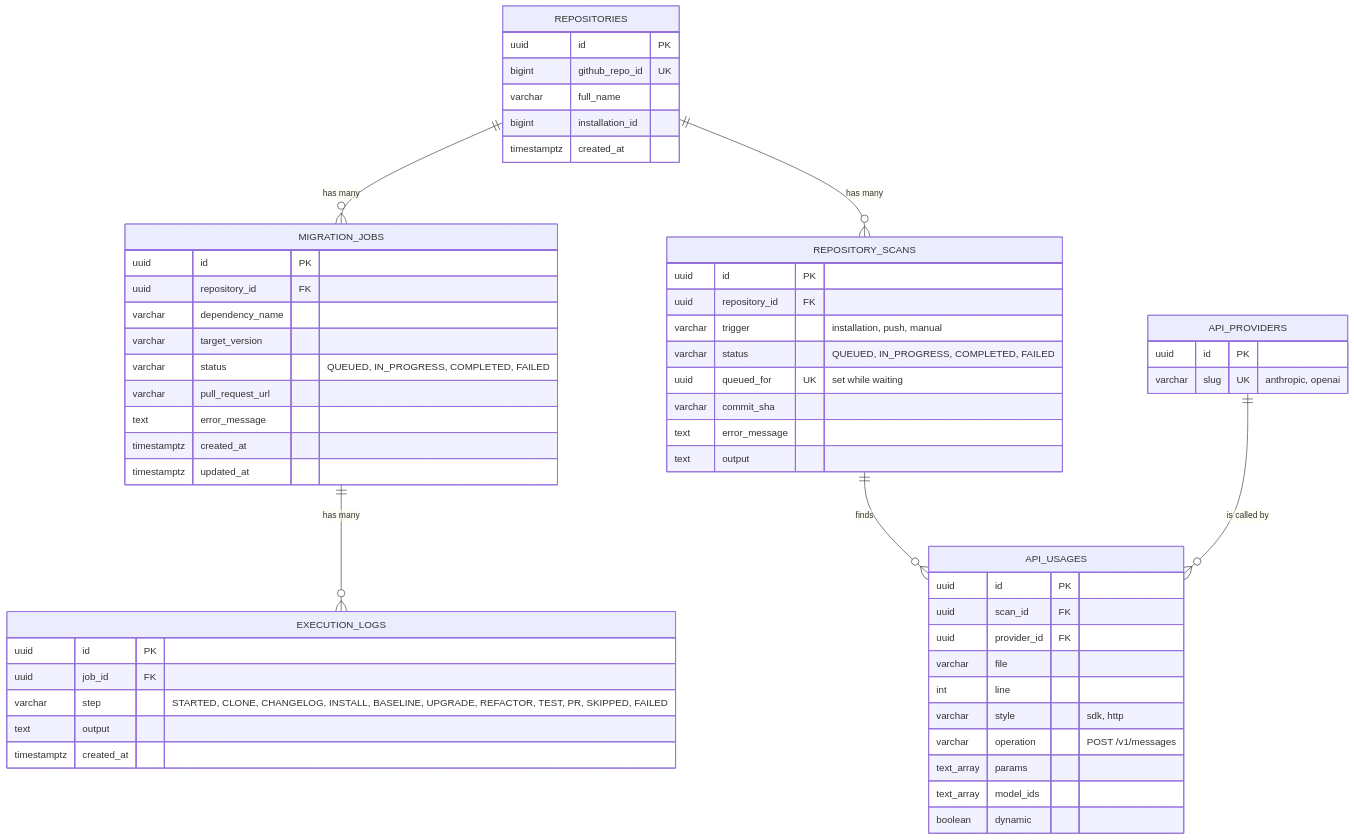
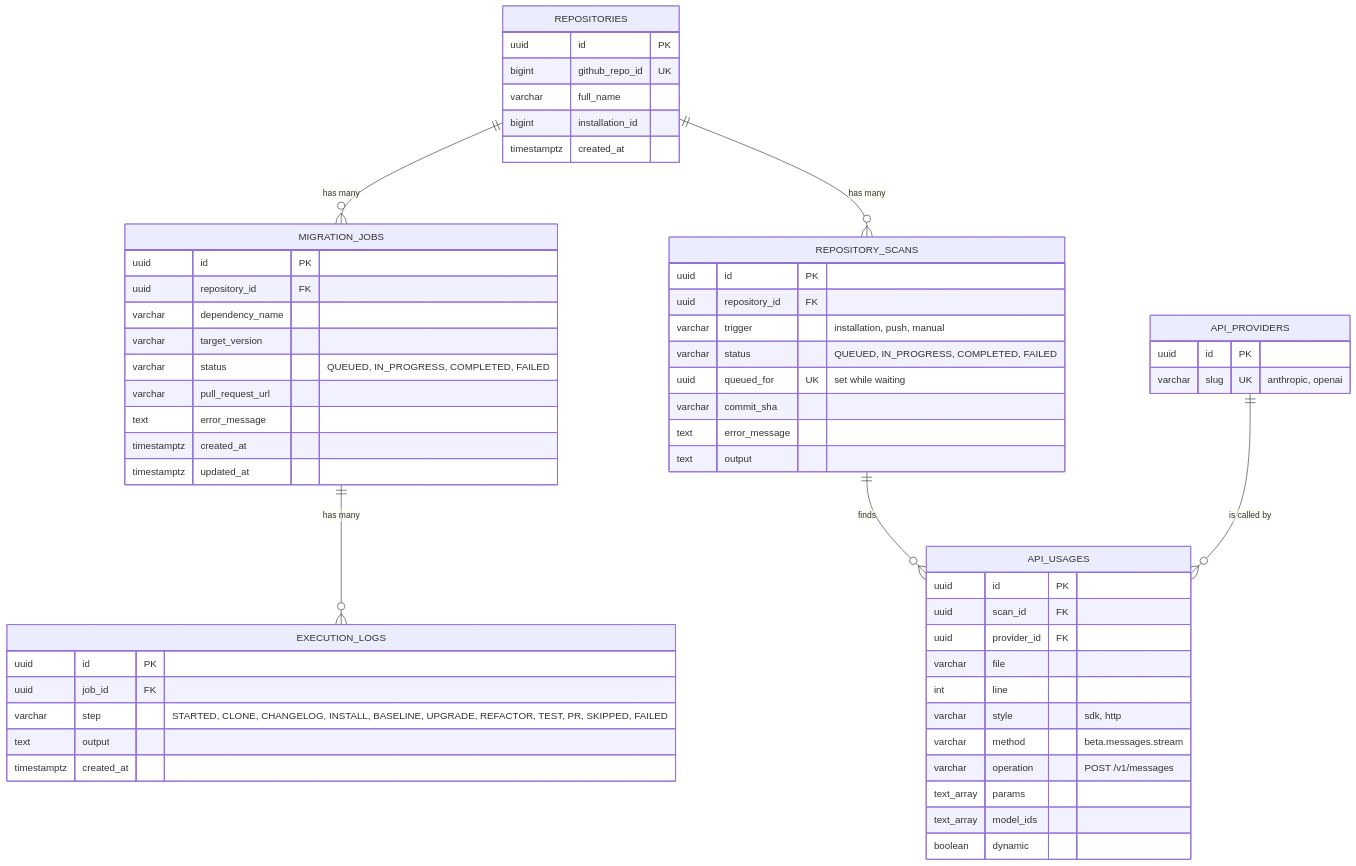
Before and after one commit to kiet08hogit/SyncLab: the sixth of 6 diagrams in README.md, drawn with Mermaid. The commit also changed other lines of this file and 3 other files, not shown here.

````diff
--- a/README.md
+++ b/README.md
@@ -338,65 +338,66 @@
 ```mermaid
 erDiagram
     REPOSITORIES ||--o{ MIGRATION_JOBS : "has many"
     MIGRATION_JOBS ||--o{ EXECUTION_LOGS : "has many"
     REPOSITORIES ||--o{ REPOSITORY_SCANS : "has many"
     REPOSITORY_SCANS ||--o{ API_USAGES : "finds"
     API_PROVIDERS ||--o{ API_USAGES : "is called by"
 
     REPOSITORIES {
         uuid id PK
         bigint github_repo_id UK
         varchar full_name
         bigint installation_id
         timestamptz created_at
     }
 
     MIGRATION_JOBS {
         uuid id PK
         uuid repository_id FK
         varchar dependency_name
         varchar target_version
         varchar status "QUEUED, IN_PROGRESS, COMPLETED, FAILED"
         varchar pull_request_url
         text error_message
         timestamptz created_at
         timestamptz updated_at
     }
 
     EXECUTION_LOGS {
         uuid id PK
         uuid job_id FK
         varchar step "STARTED, CLONE, CHANGELOG, INSTALL, BASELINE, UPGRADE, REFACTOR, TEST, PR, SKIPPED, FAILED"
         text output
         timestamptz created_at
     }
 
     API_PROVIDERS {
         uuid id PK
         varchar slug UK "anthropic, openai"
     }
 
     REPOSITORY_SCANS {
         uuid id PK
         uuid repository_id FK
         varchar trigger "installation, push, manual"
         varchar status "QUEUED, IN_PROGRESS, COMPLETED, FAILED"
         uuid queued_for UK "set while waiting"
         varchar commit_sha
         text error_message
         text output
     }
 
     API_USAGES {
         uuid id PK
         uuid scan_id FK
         uuid provider_id FK
         varchar file
         int line
         varchar style "sdk, http"
+        varchar method "beta.messages.stream"
         varchar operation "POST /v1/messages"
         text_array params
         text_array model_ids
         boolean dynamic
     }
 ```
````
